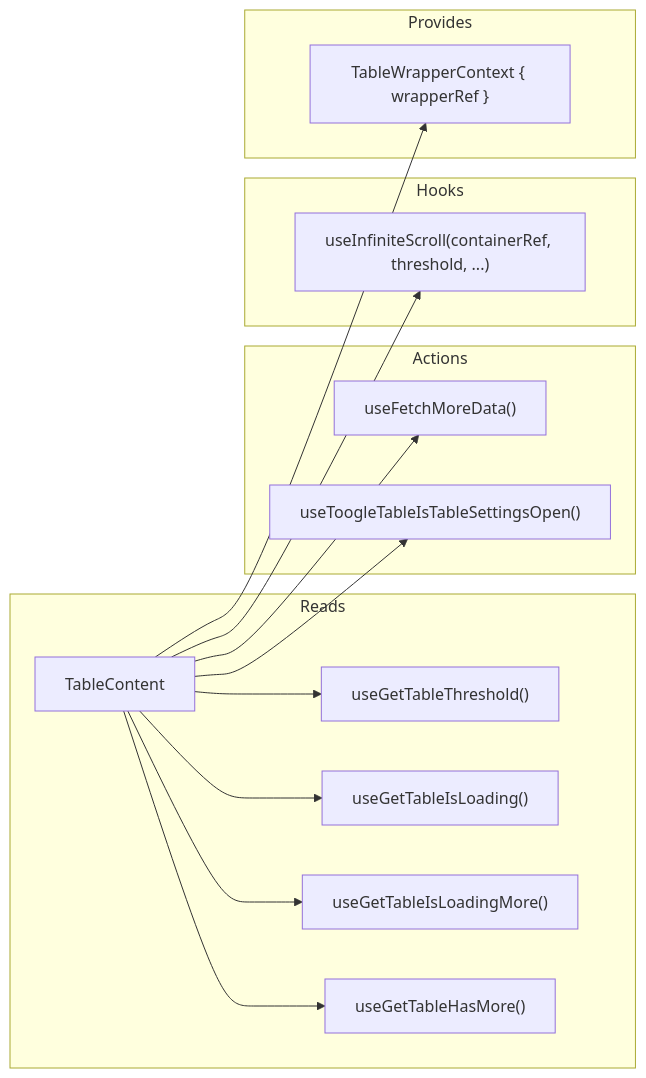
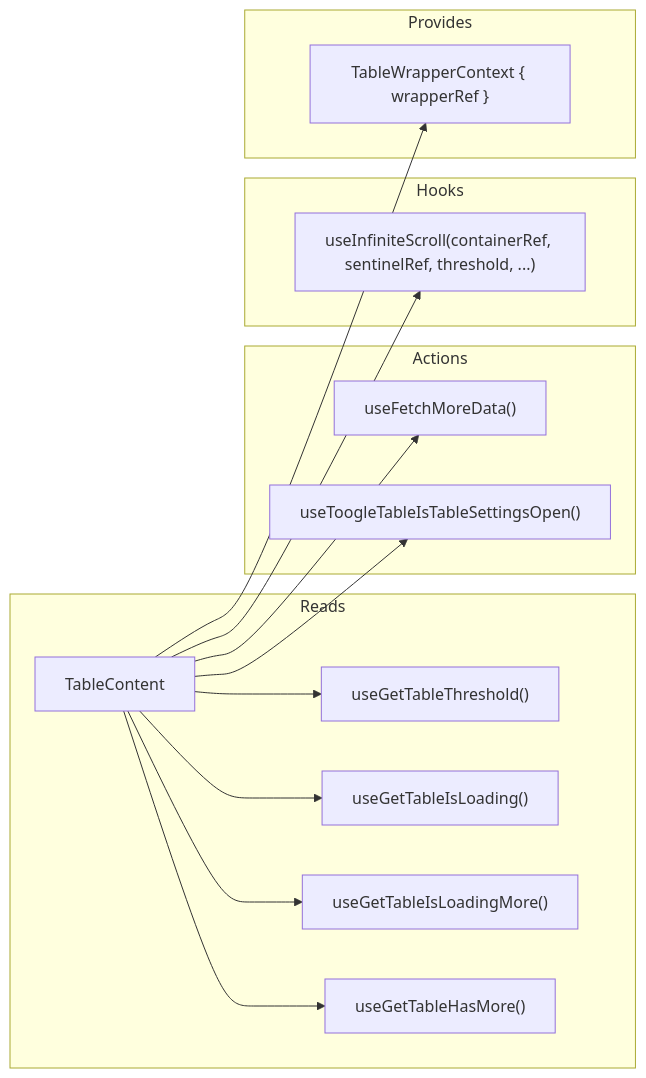
The second of 2 diagrams in apps/react-router/src/components/Table/TableContent/ARCHITECTURE.md (luciocabrera/lcabrera-stack), drawn with Mermaid before and after one commit. The commit also changed other lines of this file and 17 other files, not shown here.

````diff
--- a/apps/react-router/src/components/Table/TableContent/ARCHITECTURE.md
+++ b/apps/react-router/src/components/Table/TableContent/ARCHITECTURE.md
@@ -40,22 +41,22 @@
 ```mermaid
 graph LR
   subgraph "Reads"
     TC["TableContent"] --> threshold["useGetTableThreshold()"]
     TC --> isLoading["useGetTableIsLoading()"]
     TC --> isLoadingMore["useGetTableIsLoadingMore()"]
     TC --> hasMore["useGetTableHasMore()"]
   end
 
   subgraph "Actions"
     TC --> fetchMore["useFetchMoreData()"]
     TC --> toggleSettings["useToogleTableIsTableSettingsOpen()"]
   end
 
   subgraph "Hooks"
-    TC --> scroll["useInfiniteScroll(containerRef, threshold, ...)"]
+    TC --> scroll["useInfiniteScroll(containerRef, sentinelRef, threshold, ...)"]
   end
 
   subgraph "Provides"
     TC --> wrapperCtx["TableWrapperContext { wrapperRef }"]
   end
 ```
````
